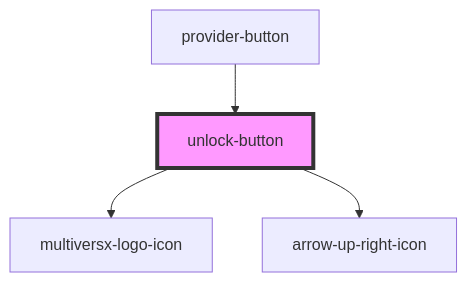
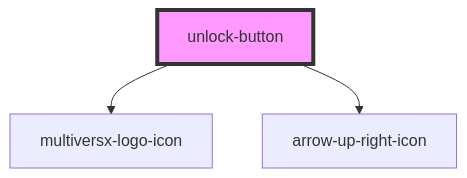
The diagram in src/common/unlock-button/readme.md (multiversx/mx-sdk-dapp-ui), drawn with Mermaid before and after one commit. The commit also changed other lines of this file and 10 other files, not shown here.

````diff
--- a/src/common/unlock-button/readme.md
+++ b/src/common/unlock-button/readme.md
@@ -36,7 +26,6 @@
 ```mermaid
 graph TD;
   unlock-button --> multiversx-logo-icon
   unlock-button --> arrow-up-right-icon
-  provider-button --> unlock-button
   style unlock-button fill:#f9f,stroke:#333,stroke-width:4px
 ```
````
